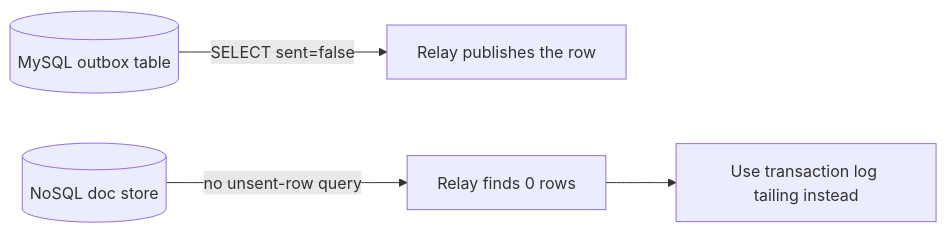
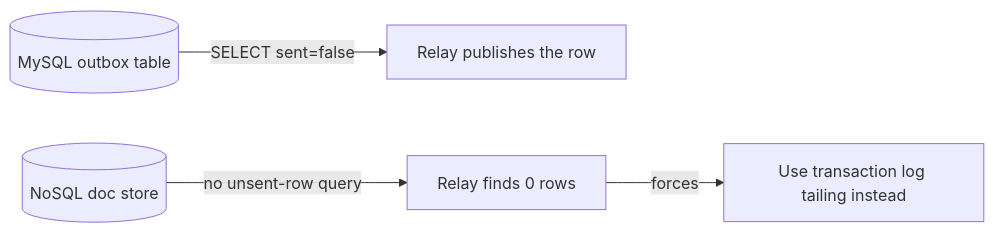
One commit to vinayakuber/microservices-io-study-guide changed diagram 11 of 13 in docs/ch12-polling-publisher.md. Above: the diagram before and after it, drawn with Mermaid. The commit also changed other lines of this file and 71 other files, not shown here.

First line of the commit message:
R18: label every diagram arrow with its meaning

````diff
--- a/docs/ch12-polling-publisher.md
+++ b/docs/ch12-polling-publisher.md
@@ -351,6 +351,6 @@
 ```mermaid
 flowchart LR
   SQL[("MySQL outbox table")] -->|SELECT sent=false| RLY["Relay publishes the row"]
   NOSQL[("NoSQL doc store")] -->|no unsent-row query| NONE["Relay finds 0 rows"]
-  NONE --> TLT["Use transaction log tailing instead"]
+  NONE -->|"forces"| TLT["Use transaction log tailing instead"]
 ```
````
